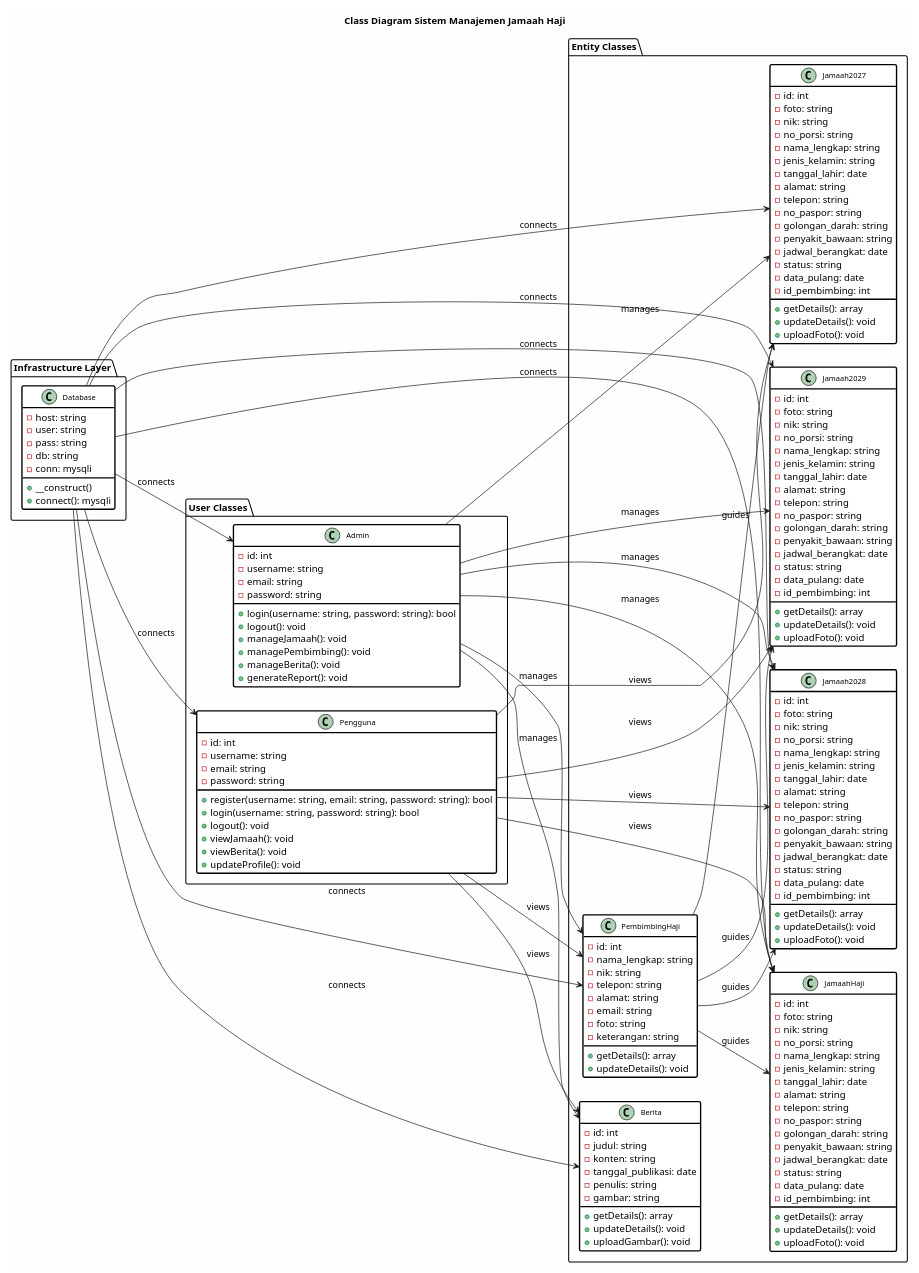
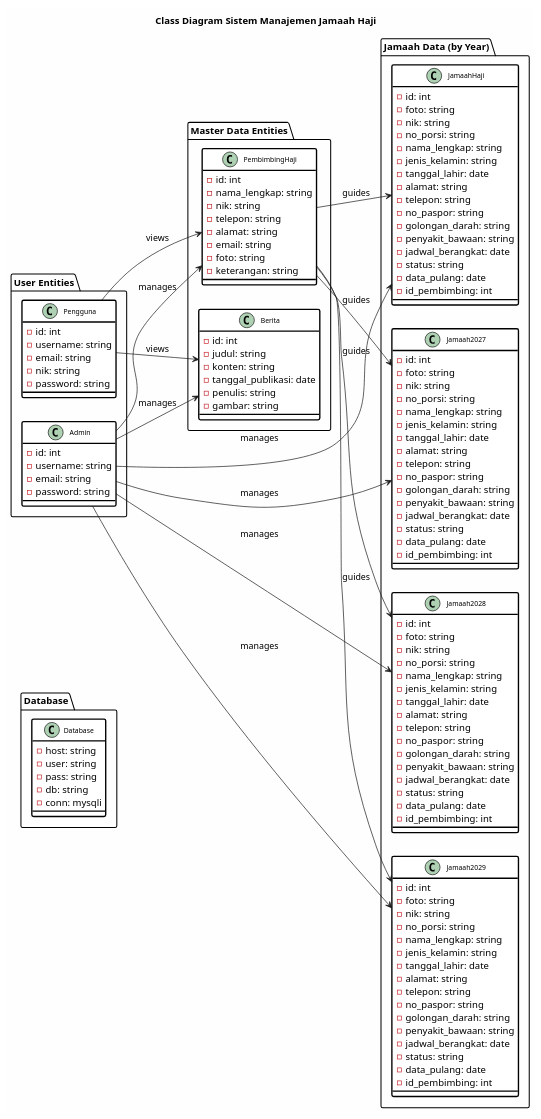
Before and after one commit to fauzirahayu/uzicom: the diagram in komponen/class_diagram.puml, drawn with PlantUML. The commit also changed 19 other files, not shown here.

```diff
--- a/komponen/class_diagram.puml
+++ b/komponen/class_diagram.puml
@@ -1,199 +1,159 @@
 @startuml Class Diagram Sistem Manajemen Jamaah Haji
 
 title Class Diagram Sistem Manajemen Jamaah Haji
 
 left to right direction
 
 skinparam backgroundColor #FEFEFE
 skinparam class {
     BackgroundColor #FFFFFF
     BorderColor #000000
     BorderThickness 2
-    FontSize 11
+    FontSize 10
 }
 
-package "Infrastructure Layer" as Infra {
+package "Database" as DB {
     class Database {
         - host: string
         - user: string
         - pass: string
         - db: string
         - conn: mysqli
-        + __construct()
-        + connect(): mysqli
     }
 }
 
-package "User Classes" as Users {
+package "User Entities" as Users {
     class Admin {
         - id: int
         - username: string
         - email: string
         - password: string
-        + login(username: string, password: string): bool
-        + logout(): void
-        + manageJamaah(): void
-        + managePembimbing(): void
-        + manageBerita(): void
-        + generateReport(): void
     }
 
     class Pengguna {
         - id: int
         - username: string
         - email: string
+        - nik: string
         - password: string
-        + register(username: string, email: string, password: string): bool
-        + login(username: string, password: string): bool
-        + logout(): void
-        + viewJamaah(): void
-        + viewBerita(): void
-        + updateProfile(): void
     }
 }
 
-package "Entity Classes" as Entities {
+package "Master Data Entities" as Masters {
     class PembimbingHaji {
         - id: int
         - nama_lengkap: string
         - nik: string
         - telepon: string
         - alamat: string
         - email: string
         - foto: string
         - keterangan: string
-        + getDetails(): array
-        + updateDetails(): void
     }
 
+    class Berita {
+        - id: int
+        - judul: string
+        - konten: string
+        - tanggal_publikasi: date
+        - penulis: string
+        - gambar: string
+    }
+}
+
+package "Jamaah Data (by Year)" as Jamaah {
     class JamaahHaji {
         - id: int
         - foto: string
         - nik: string
         - no_porsi: string
         - nama_lengkap: string
         - jenis_kelamin: string
         - tanggal_lahir: date
         - alamat: string
         - telepon: string
         - no_paspor: string
         - golongan_darah: string
         - penyakit_bawaan: string
         - jadwal_berangkat: date
         - status: string
         - data_pulang: date
         - id_pembimbing: int
-        + getDetails(): array
-        + updateDetails(): void
-        + uploadFoto(): void
     }
 
     class Jamaah2027 {
         - id: int
         - foto: string
         - nik: string
         - no_porsi: string
         - nama_lengkap: string
         - jenis_kelamin: string
         - tanggal_lahir: date
         - alamat: string
         - telepon: string
         - no_paspor: string
         - golongan_darah: string
         - penyakit_bawaan: string
         - jadwal_berangkat: date
         - status: string
         - data_pulang: date
         - id_pembimbing: int
-        + getDetails(): array
-        + updateDetails(): void
-        + uploadFoto(): void
     }
 
     class Jamaah2028 {
         - id: int
         - foto: string
         - nik: string
         - no_porsi: string
         - nama_lengkap: string
         - jenis_kelamin: string
         - tanggal_lahir: date
         - alamat: string
         - telepon: string
         - no_paspor: string
         - golongan_darah: string
         - penyakit_bawaan: string
         - jadwal_berangkat: date
         - status: string
         - data_pulang: date
         - id_pembimbing: int
-        + getDetails(): array
-        + updateDetails(): void
-        + uploadFoto(): void
     }
 
     class Jamaah2029 {
         - id: int
         - foto: string
         - nik: string
         - no_porsi: string
         - nama_lengkap: string
         - jenis_kelamin: string
         - tanggal_lahir: date
         - alamat: string
         - telepon: string
         - no_paspor: string
         - golongan_darah: string
         - penyakit_bawaan: string
         - jadwal_berangkat: date
         - status: string
         - data_pulang: date
         - id_pembimbing: int
-        + getDetails(): array
-        + updateDetails(): void
-        + uploadFoto(): void
-    }
-
-    class Berita {
-        - id: int
-        - judul: string
-        - konten: string
-        - tanggal_publikasi: date
-        - penulis: string
-        - gambar: string
-        + getDetails(): array
-        + updateDetails(): void
-        + uploadGambar(): void
     }
 }
 
 ' Relationships
-Infra.Database --> Users.Admin : connects
-Infra.Database --> Users.Pengguna : connects
-Infra.Database --> Entities.PembimbingHaji : connects
-Infra.Database --> Entities.JamaahHaji : connects
-Infra.Database --> Entities.Jamaah2027 : connects
-Infra.Database --> Entities.Jamaah2028 : connects
-Infra.Database --> Entities.Jamaah2029 : connects
-Infra.Database --> Entities.Berita : connects
+Masters.PembimbingHaji --> Jamaah.JamaahHaji : guides
+Masters.PembimbingHaji --> Jamaah.Jamaah2027 : guides
+Masters.PembimbingHaji --> Jamaah.Jamaah2028 : guides
+Masters.PembimbingHaji --> Jamaah.Jamaah2029 : guides
 
-Users.Admin --> Entities.JamaahHaji : manages
-Users.Admin --> Entities.Jamaah2027 : manages
-Users.Admin --> Entities.Jamaah2028 : manages
-Users.Admin --> Entities.Jamaah2029 : manages
-Users.Admin --> Entities.PembimbingHaji : manages
-Users.Admin --> Entities.Berita : manages
+Users.Admin --> Jamaah.JamaahHaji : manages
+Users.Admin --> Jamaah.Jamaah2027 : manages
+Users.Admin --> Jamaah.Jamaah2028 : manages
+Users.Admin --> Jamaah.Jamaah2029 : manages
+Users.Admin --> Masters.PembimbingHaji : manages
+Users.Admin --> Masters.Berita : manages
 
-Users.Pengguna --> Entities.JamaahHaji : views
-Users.Pengguna --> Entities.Jamaah2027 : views
-Users.Pengguna --> Entities.Jamaah2028 : views
-Users.Pengguna --> Entities.Jamaah2029 : views
-Users.Pengguna --> Entities.PembimbingHaji : views
-Users.Pengguna --> Entities.Berita : views
 
-Entities.PembimbingHaji --> Entities.JamaahHaji : guides
-Entities.PembimbingHaji --> Entities.Jamaah2027 : guides
-Entities.PembimbingHaji --> Entities.Jamaah2028 : guides
-Entities.PembimbingHaji --> Entities.Jamaah2029 : guides
+Users.Pengguna --> Masters.PembimbingHaji : views
+Users.Pengguna --> Masters.Berita : views
 
 @enduml
```
